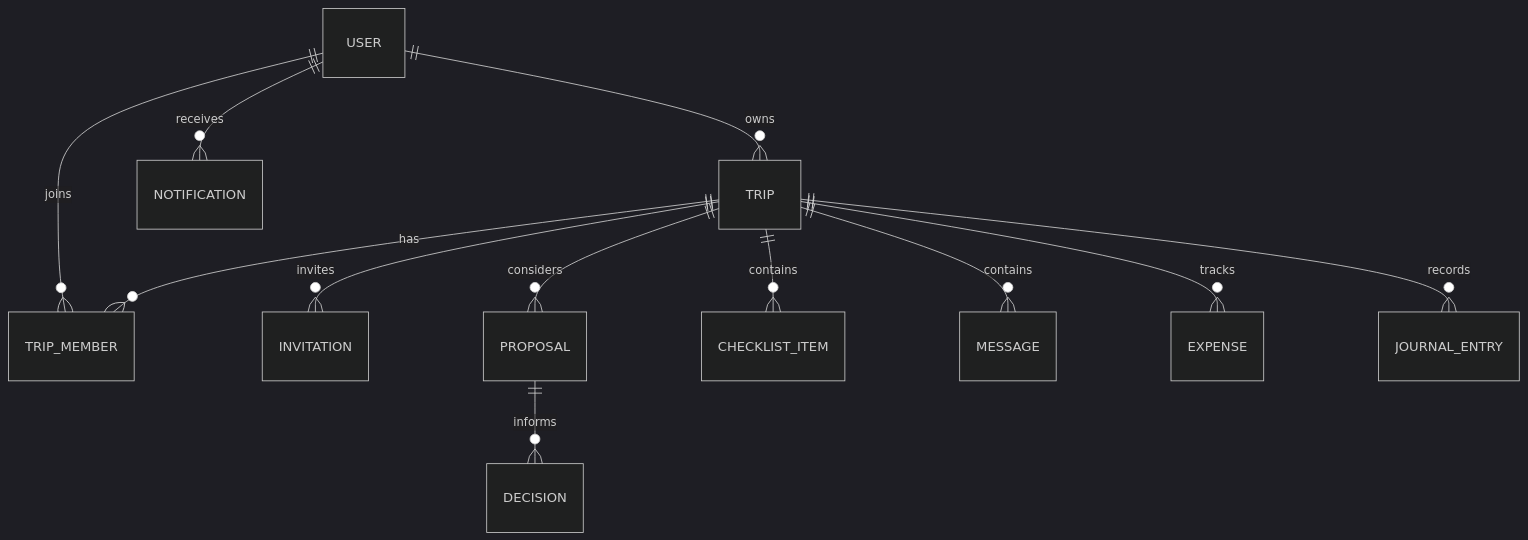
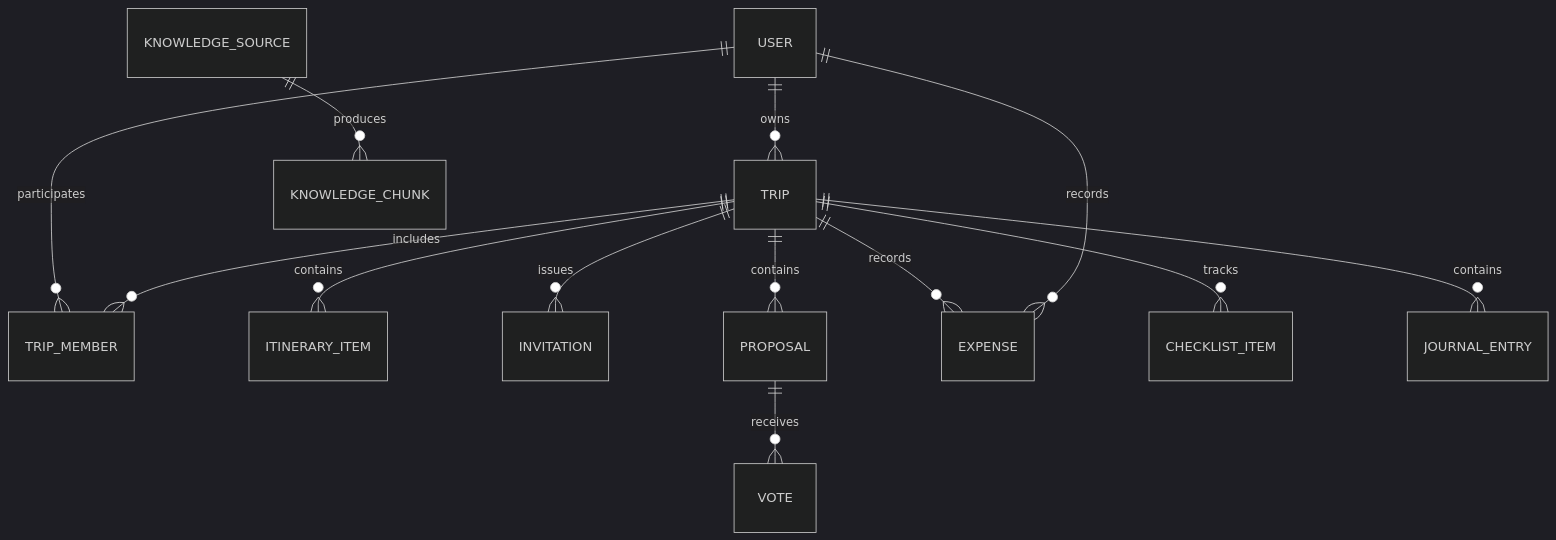
Before and after one commit to patilshrutika1803/Grevix_AITripWeaver: the sixth of 7 diagrams in README.md, drawn with Mermaid (dark theme). The commit also changed other lines of this file, not shown here.

````diff
--- a/README.md
+++ b/README.md
@@ -351,14 +487,15 @@
 ```mermaid
 erDiagram
-  USER ||--o{ TRIP : owns
-  TRIP ||--o{ TRIP_MEMBER : has
-  USER ||--o{ TRIP_MEMBER : joins
-  TRIP ||--o{ INVITATION : invites
-  TRIP ||--o{ PROPOSAL : considers
-  PROPOSAL ||--o{ DECISION : informs
-  TRIP ||--o{ CHECKLIST_ITEM : contains
-  TRIP ||--o{ MESSAGE : contains
-  TRIP ||--o{ EXPENSE : tracks
-  TRIP ||--o{ JOURNAL_ENTRY : records
-  USER ||--o{ NOTIFICATION : receives
+    USER ||--o{ TRIP : owns
+    USER ||--o{ TRIP_MEMBER : participates
+    TRIP ||--o{ TRIP_MEMBER : includes
+    TRIP ||--o{ ITINERARY_ITEM : contains
+    TRIP ||--o{ INVITATION : issues
+    TRIP ||--o{ PROPOSAL : contains
+    PROPOSAL ||--o{ VOTE : receives
+    TRIP ||--o{ EXPENSE : records
+    USER ||--o{ EXPENSE : records
+    TRIP ||--o{ CHECKLIST_ITEM : tracks
+    TRIP ||--o{ JOURNAL_ENTRY : contains
+    KNOWLEDGE_SOURCE ||--o{ KNOWLEDGE_CHUNK : produces
 ```
````
